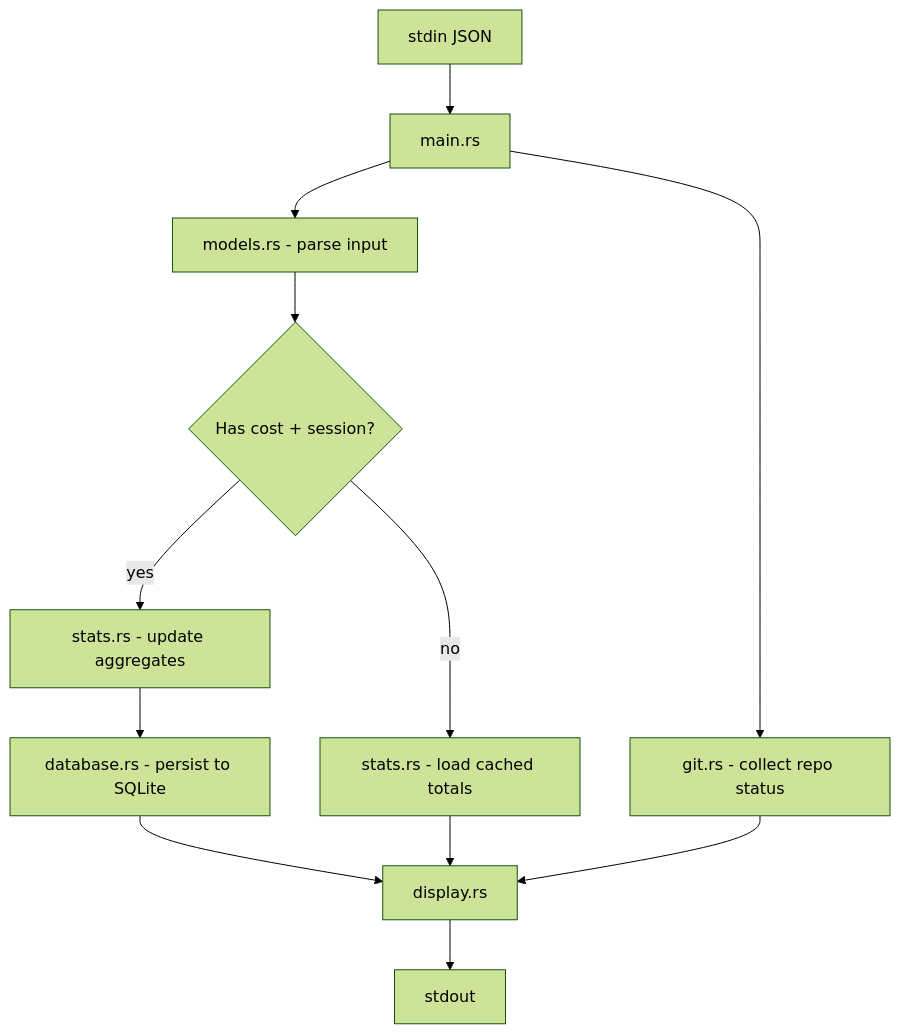
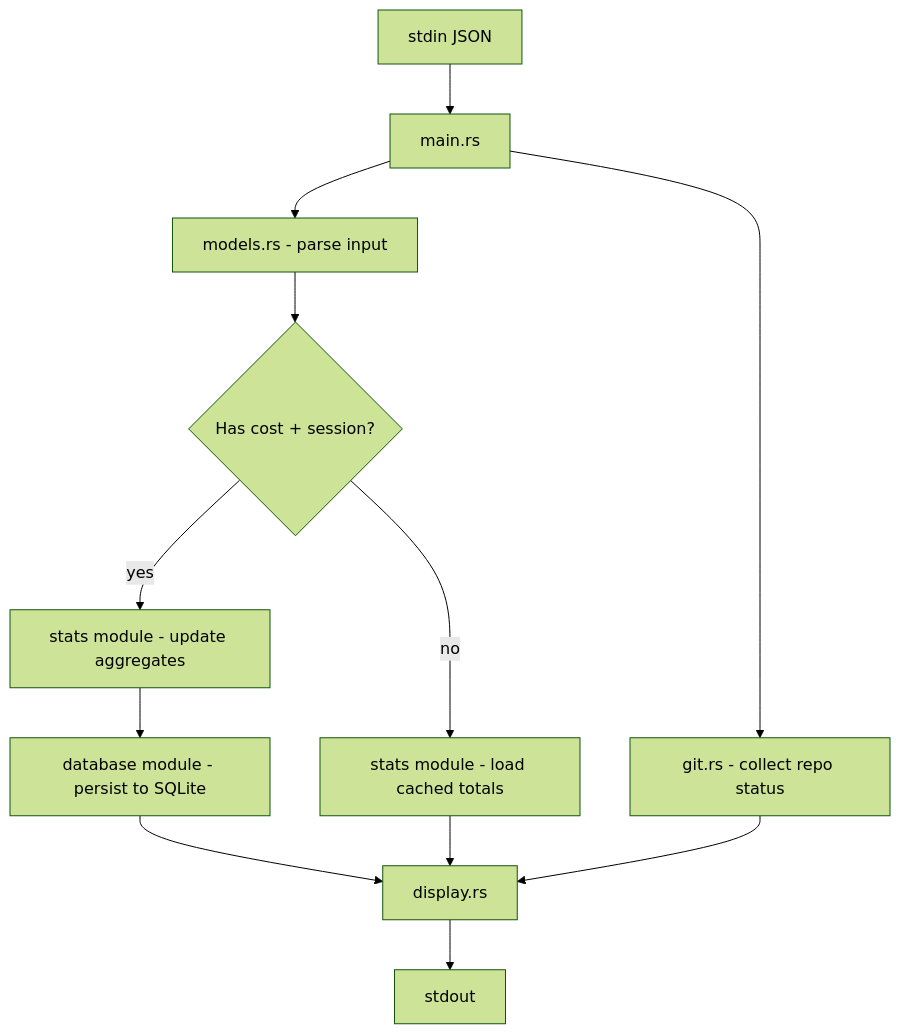
Before and after one commit to hagan/claudia-statusline: the diagram in ARCHITECTURE.md, drawn with Mermaid (forest theme). The commit also changed other lines of this file and 2 other files, not shown here.

First line of the commit message:
Docs refresh: v3.0.0 layout, retire SQLITE_MIGRATION.md, document release process (#40) (#48)

````diff
--- a/ARCHITECTURE.md
+++ b/ARCHITECTURE.md
@@ -28,14 +35,14 @@
 ```mermaid
 graph TD
     A[stdin JSON] --> B[main.rs]
     B --> C[models.rs - parse input]
     B --> D[git.rs - collect repo status]
     C --> E{Has cost + session?}
-    E -->|yes| F[stats.rs - update aggregates]
-    F --> G[database.rs - persist to SQLite]
-    E -->|no| H[stats.rs - load cached totals]
+    E -->|yes| F[stats module - update aggregates]
+    F --> G[database module - persist to SQLite]
+    E -->|no| H[stats module - load cached totals]
     G --> I[display.rs]
     H --> I
     D --> I
     I --> J[stdout]
 ```
````
